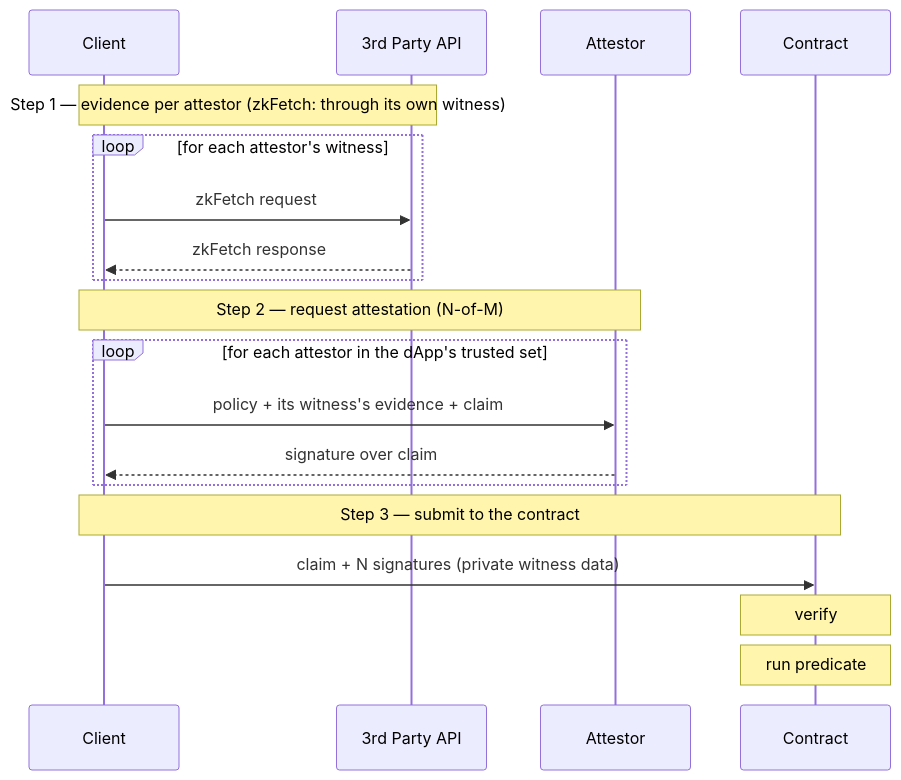
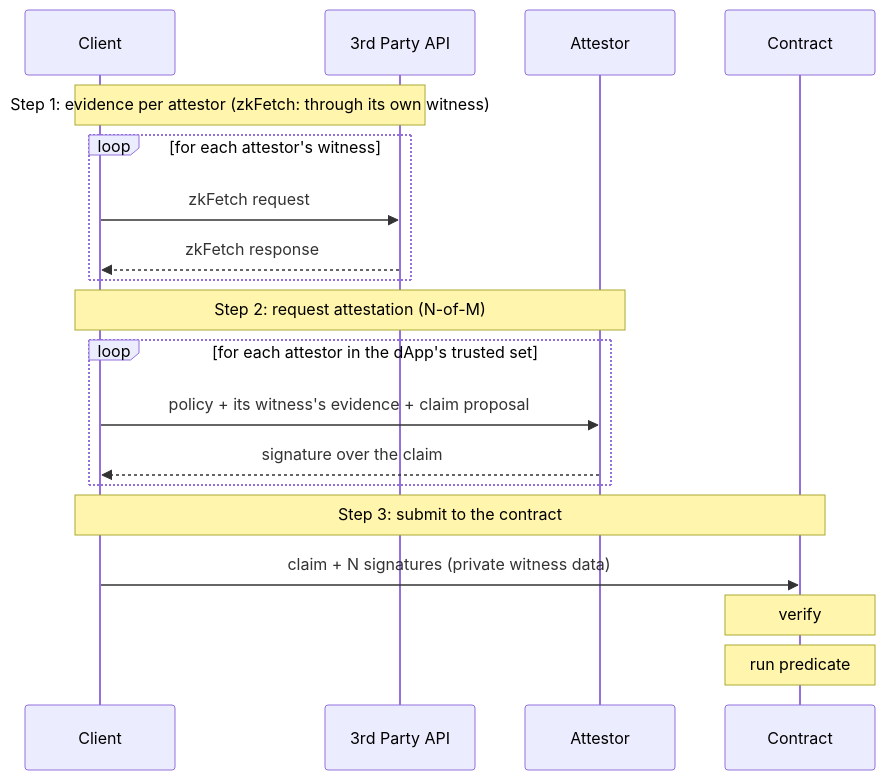
Before and after one commit to txpipe/thoth: the diagram in docs/DESIGN.md, drawn with Mermaid. The commit also changed other lines of this file and 4 other files, not shown here.

````diff
--- a/docs/DESIGN.md
+++ b/docs/DESIGN.md
@@ -181,24 +119,24 @@
 ```mermaid
 sequenceDiagram
     participant Client
     participant API as 3rd Party API
     participant Attestor
     participant Contract
 
-    Note over Client,API: Step 1 — evidence per attestor (zkFetch: through its own witness)
+    Note over Client,API: Step 1: evidence per attestor (zkFetch: through its own witness)
     loop for each attestor's witness
         Client->>API: zkFetch request
         API-->>Client: zkFetch response
     end
 
-    Note over Client,Attestor: Step 2 — request attestation (N-of-M)
+    Note over Client,Attestor: Step 2: request attestation (N-of-M)
     loop for each attestor in the dApp's trusted set
-        Client->>Attestor: policy + its witness's evidence + claim
-        Attestor-->>Client: signature over claim
+        Client->>Attestor: policy + its witness's evidence + claim proposal
+        Attestor-->>Client: signature over the claim
     end
 
-    Note over Client,Contract: Step 3 — submit to the contract
+    Note over Client,Contract: Step 3: submit to the contract
     Client->>Contract: claim + N signatures (private witness data)
     Note over Contract: verify
     Note over Contract: run predicate
 ```
````
